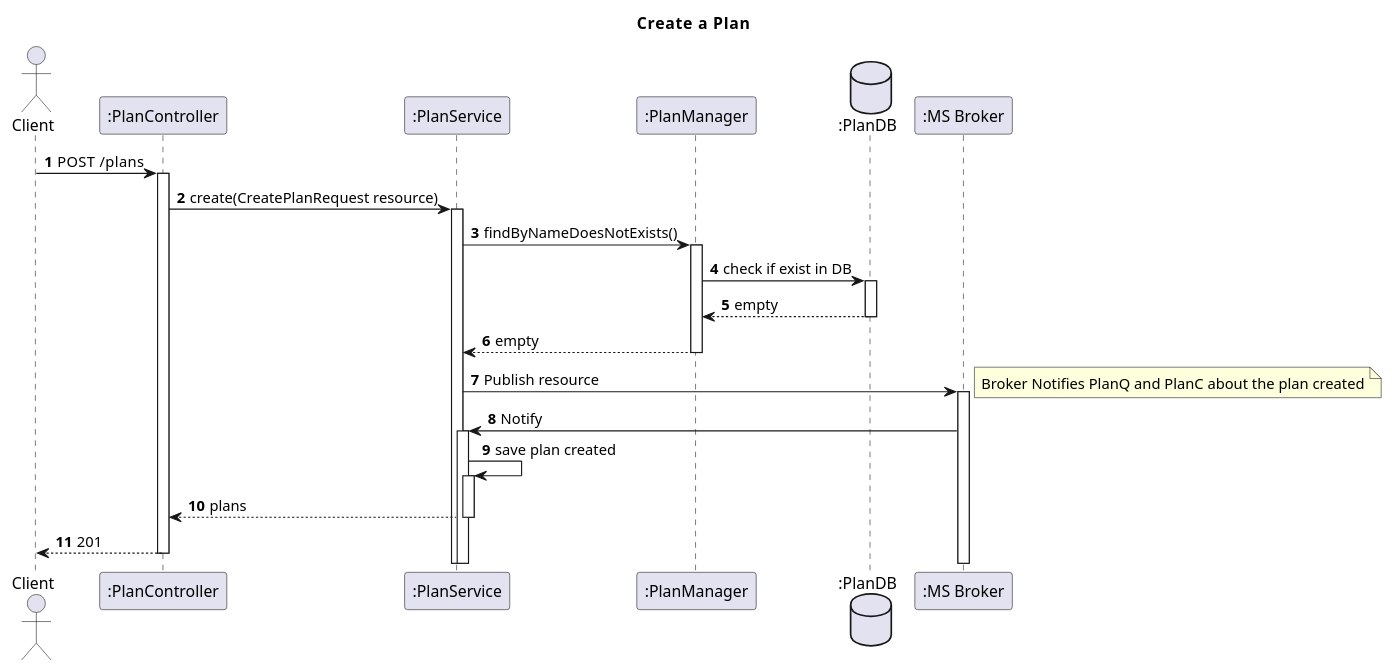
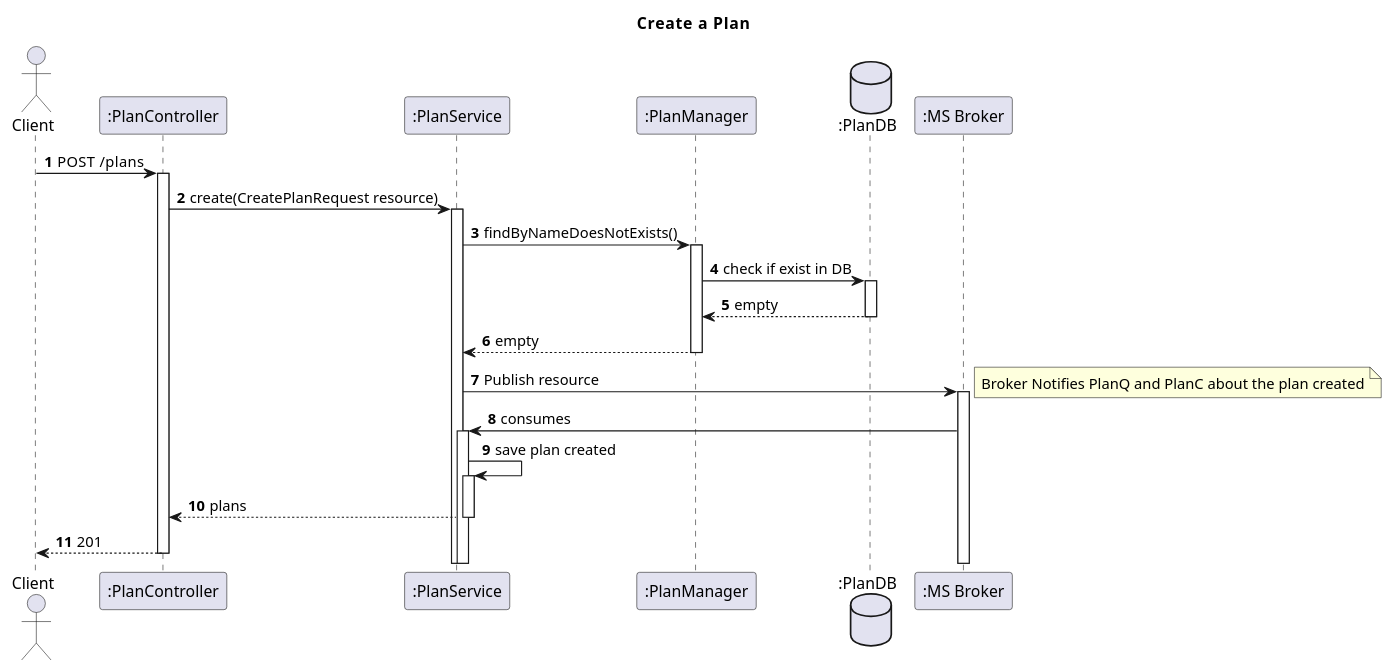
One commit to IsepMartimOliveira/SIDIS changed the diagram in docs_sidis/Segunda_Avalição/Plans/Vista_Logica/N3/UserPlanInteractionCreate.puml. Above: the diagram before and after it, drawn with PlantUML. The commit also changed 23 other files, not shown here.

```diff
--- a/docs_sidis/Segunda_Avalição/Plans/Vista_Logica/N3/UserPlanInteractionCreate.puml
+++ b/docs_sidis/Segunda_Avalição/Plans/Vista_Logica/N3/UserPlanInteractionCreate.puml
@@ -1,45 +1,45 @@
 @startuml
 'https://plantuml.com/sequence-diagram
 autoactivate on
 autonumber
 title  Create  a  Plan
 
 autonumber
 
 actor "Client" as Ac
 participant ":PlanController" as PlanController
 participant ":PlanService" as PService
 participant ":PlanManager" as PManager
 database ":PlanDB" as PDB
 
 
 
 
 
 
 
 participant ":MS Broker" as Broker
 
 Ac->PlanController:POST  /plans
 PlanController->PService:create(CreatePlanRequest resource)
 PService->PManager:findByNameDoesNotExists()
 PManager->PDB:check if exist in DB
 PDB-->PManager:empty
 PManager-->PService:empty
 
 PService->Broker:Publish resource
 note right
 Broker Notifies PlanQ and PlanC about the plan created
 end note
-PService<-Broker:Notify
+PService<-Broker:consumes
 PService->PService:save plan created
 PService-->PlanController:plans
 PlanController-->Ac:201
 
 
 
 
 
 
 
 @enduml
```
